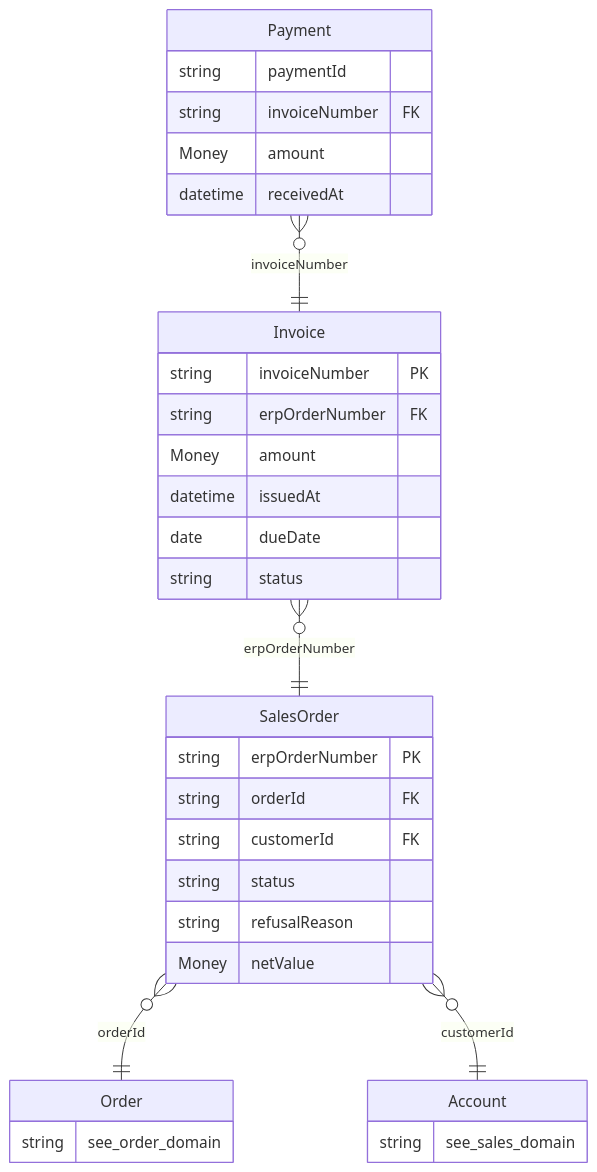
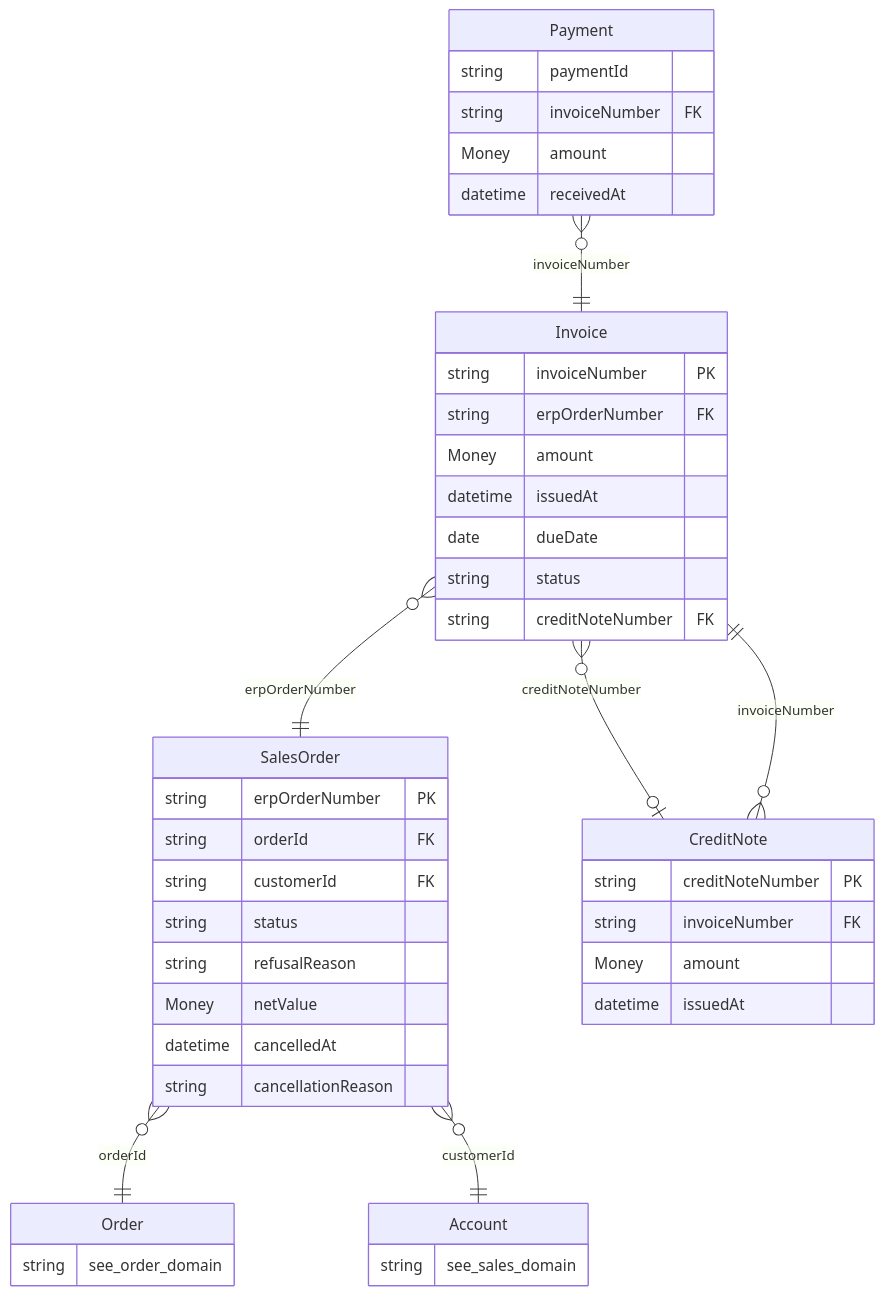
Before and after one commit to azure-intelligence-domain/ai-intelligence-domain: the fourth of 7 diagrams in docs/architecture/data-models.md, drawn with Mermaid. The commit also changed other lines of this file and 7 other files, not shown here.

````diff
--- a/docs/architecture/data-models.md
+++ b/docs/architecture/data-models.md
@@ -316,35 +407,46 @@
 ```mermaid
 erDiagram
     SalesOrder {
         string erpOrderNumber PK
         string orderId FK
         string customerId FK
         string status
         string refusalReason
         Money netValue
+        datetime cancelledAt
+        string cancellationReason
     }
     Invoice {
         string invoiceNumber PK
         string erpOrderNumber FK
         Money amount
         datetime issuedAt
         date dueDate
         string status
+        string creditNoteNumber FK
+    }
+    CreditNote {
+        string creditNoteNumber PK
+        string invoiceNumber FK
+        Money amount
+        datetime issuedAt
     }
     Payment {
         string paymentId
         string invoiceNumber FK
         Money amount
         datetime receivedAt
     }
     Account {
         string see_sales_domain
     }
     Order {
         string see_order_domain
     }
     SalesOrder }o--|| Order : "orderId"
     SalesOrder }o--|| Account : "customerId"
     Invoice }o--|| SalesOrder : "erpOrderNumber"
+    Invoice }o--o| CreditNote : "creditNoteNumber"
+    CreditNote }o--|| Invoice : "invoiceNumber"
     Payment }o--|| Invoice : "invoiceNumber"
 ```
````
